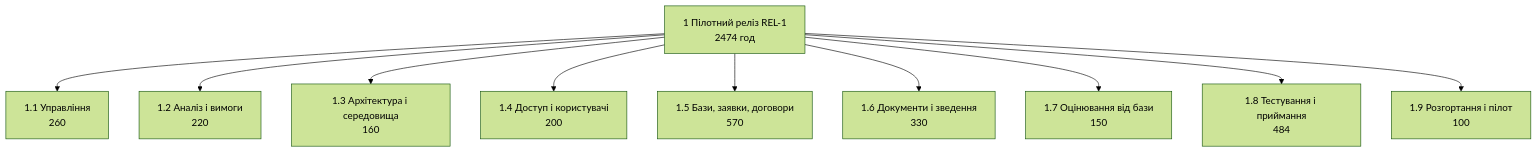
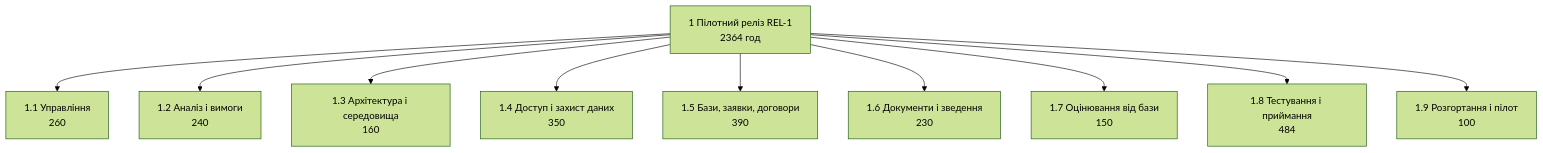
The diagram in lr07_wbs/README.md (Nryyy/pm-2026-kn42-soboliuk), drawn with Mermaid (forest theme) before and after one commit. The commit also changed other lines of this file and 17 other files, not shown here.

````diff
--- a/lr07_wbs/README.md
+++ b/lr07_wbs/README.md
@@ -9,13 +13,13 @@
 ```mermaid
 flowchart TD
-  R["1 Пілотний реліз REL-1<br/>2474 год"]
+  R["1 Пілотний реліз REL-1<br/>2364 год"]
   R --> M["1.1 Управління<br/>260"]
-  R --> A["1.2 Аналіз і вимоги<br/>220"]
+  R --> A["1.2 Аналіз і вимоги<br/>240"]
   R --> T["1.3 Архітектура і середовища<br/>160"]
-  R --> D["1.4 Доступ і користувачі<br/>200"]
-  R --> P["1.5 Бази, заявки, договори<br/>570"]
-  R --> S["1.6 Документи і зведення<br/>330"]
+  R --> D["1.4 Доступ і захист даних<br/>350"]
+  R --> P["1.5 Бази, заявки, договори<br/>390"]
+  R --> S["1.6 Документи і зведення<br/>230"]
   R --> O["1.7 Оцінювання від бази<br/>150"]
   R --> Q["1.8 Тестування і приймання<br/>484"]
   R --> G["1.9 Розгортання і пілот<br/>100"]
 ```
````
